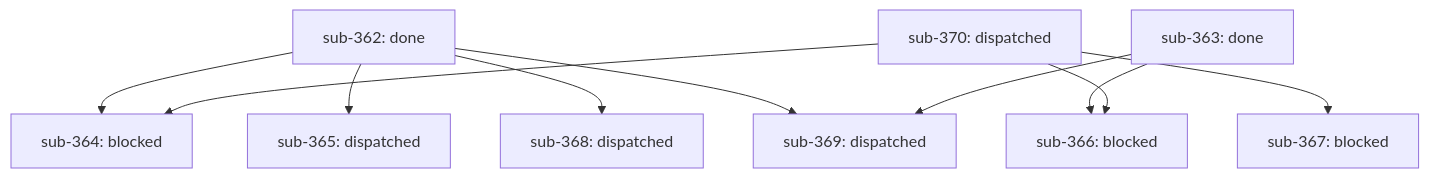
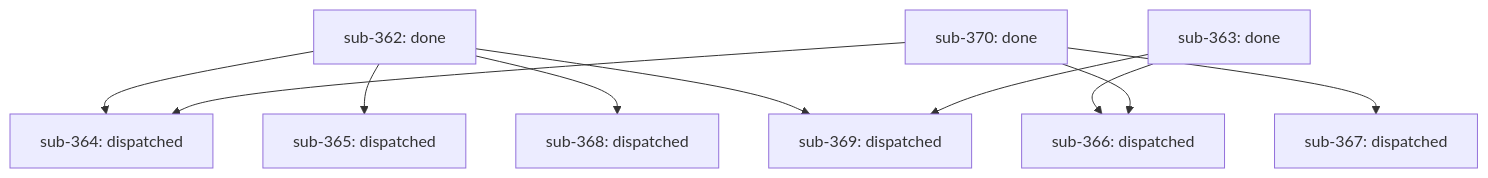
The diagram in docs/outcomes/tier-effort-first-class/report.md (infiquetra/infiquetra-claude-plugins), drawn with Mermaid before and after one commit. The commit also changed other lines of this file and 1 other file, not shown here.

First line of the commit message:
docs(outcome): harvest sub-370 (PR #499 merged) — 3/9 done, unblocks #364/#366/#367

````diff
--- a/docs/outcomes/tier-effort-first-class/report.md
+++ b/docs/outcomes/tier-effort-first-class/report.md
@@ -7,21 +7,21 @@
 ```mermaid
 flowchart TD
     sub-362["sub-362: done"]
     sub-363["sub-363: done"]
-    sub-364["sub-364: blocked"]
+    sub-364["sub-364: dispatched"]
     sub-365["sub-365: dispatched"]
-    sub-366["sub-366: blocked"]
-    sub-367["sub-367: blocked"]
+    sub-366["sub-366: dispatched"]
+    sub-367["sub-367: dispatched"]
     sub-368["sub-368: dispatched"]
     sub-369["sub-369: dispatched"]
-    sub-370["sub-370: dispatched"]
+    sub-370["sub-370: done"]
     sub-362 --> sub-364
     sub-370 --> sub-364
     sub-362 --> sub-365
     sub-363 --> sub-366
     sub-370 --> sub-366
     sub-370 --> sub-367
     sub-362 --> sub-368
     sub-362 --> sub-369
     sub-363 --> sub-369
 ```
````
